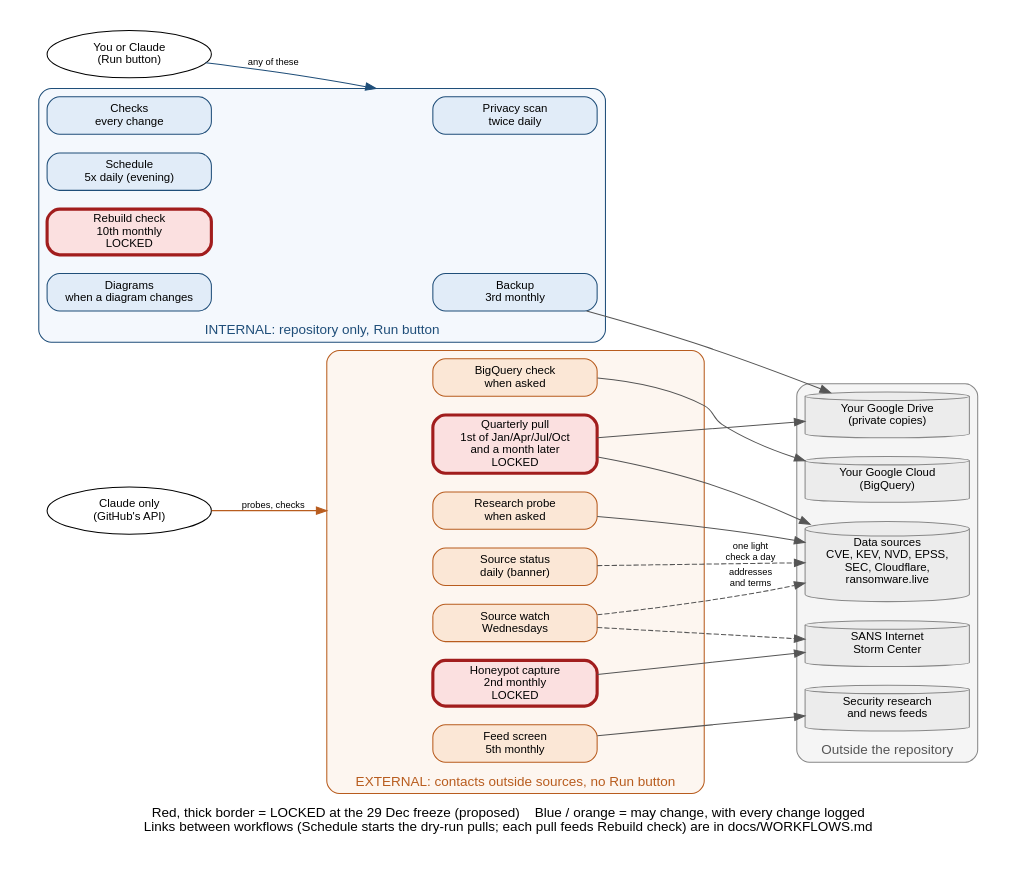
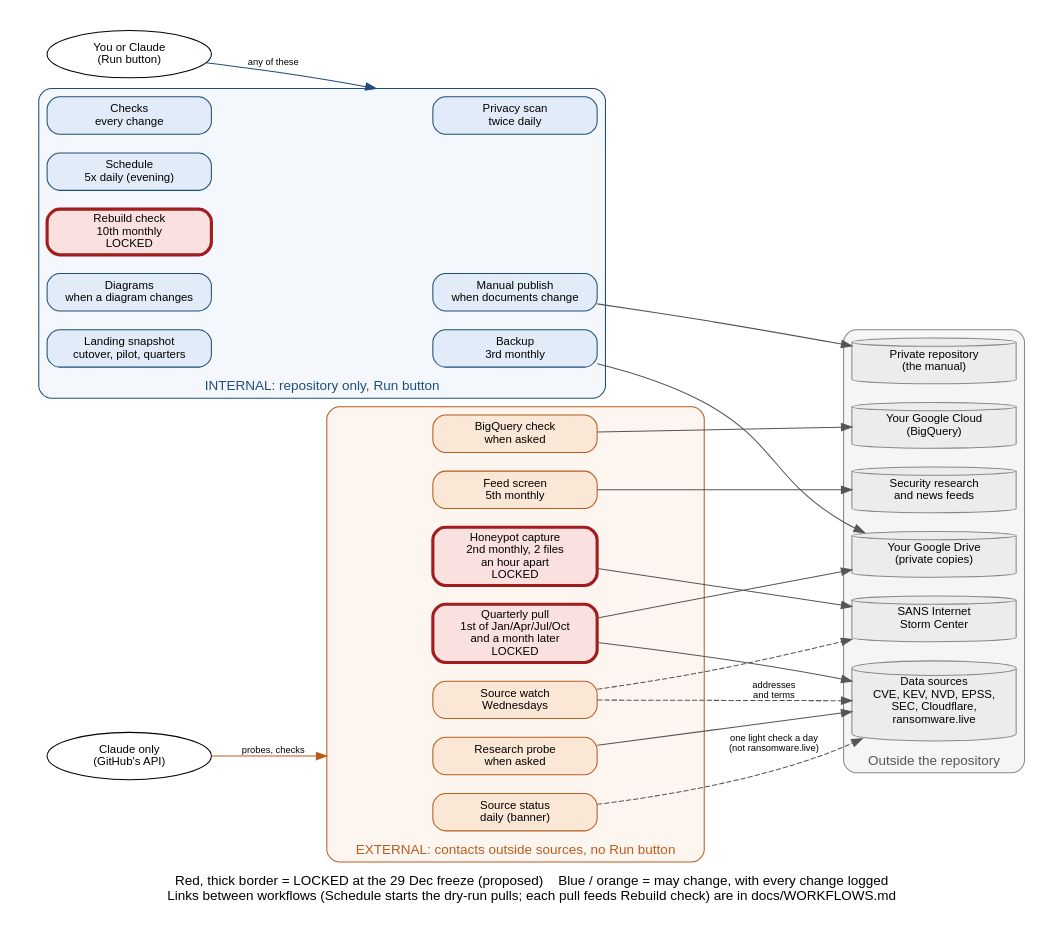
Before and after one commit to pagagne/internet-security-snapshot: the diagram in docs/diagrams/workflow_runs.dot, drawn with Graphviz. The commit also changed 37 other files, not shown here.

First line of the commit message:
Documents: numbered manual index with chapters, last-updated dates in titles, cross-reference check, workflow timers in the schedule (author, 11 Nov)

```diff
--- a/docs/diagrams/workflow_runs.dot
+++ b/docs/diagrams/workflow_runs.dot
@@ -1,54 +1,57 @@
 // Workflows: internal (Run button) vs external (API only, no button), and the proposed lock at
 // the 29 Dec 2026 freeze (decision item 22: draft lock list 14 Dec, author's review 18 Dec,
 // decided 21 Dec). Source of truth: docs/WORKFLOWS.md and docs/SOP_MANUAL_RUNS.md.
 // Render: dot -Tpng -Gdpi=150 docs/diagrams/workflow_runs.dot -o docs/diagrams/workflow_runs.png
 digraph workflows {
   graph [rankdir=LR, fontname="Helvetica", fontsize=13, nodesep=0.25, ranksep=0.7, newrank=true, compound=true, pad=0.3,
          label="Red, thick border = LOCKED at the 29 Dec freeze (proposed)    Blue / orange = may change, with every change logged\nLinks between workflows (Schedule starts the dry-run pulls; each pull feeds Rebuild check) are in docs/WORKFLOWS.md",
          labelloc=b];
   node  [fontname="Helvetica", fontsize=11, shape=box, style="rounded,filled", width=2.2];
   edge  [fontname="Helvetica", fontsize=9, color="#555555"];
 
   you    [label="You or Claude\n(Run button)", shape=oval, fillcolor="#ffffff"];
   claude [label="Claude only\n(GitHub's API)", shape=oval, fillcolor="#ffffff"];
 
   subgraph cluster_int {
     label="INTERNAL: repository only, Run button"; style="rounded,filled"; fillcolor="#f4f8fd"; color="#1f4e79"; fontcolor="#1f4e79";
     node [fillcolor="#e1ecf8", color="#1f4e79"];
     checks  [label="Checks\nevery change"];
     privacy [label="Privacy scan\ntwice daily"];
     sched   [label="Schedule\n5x daily (evening)"];
     rebuild [label="Rebuild check\n10th monthly\nLOCKED", fillcolor="#fbe0e0", color="#a11d1d", penwidth=3];
     diag    [label="Diagrams\nwhen a diagram changes"];
     backup  [label="Backup\n3rd monthly"];
+    manual  [label="Manual publish\nwhen documents change"];
+    landing [label="Landing snapshot\ncutover, pilot, quarters"];
   }
 
   subgraph cluster_ext {
     label="EXTERNAL: contacts outside sources, no Run button"; style="rounded,filled"; fillcolor="#fdf6f0"; color="#b85c1e"; fontcolor="#b85c1e";
     node [fillcolor="#fbe7d6", color="#b85c1e"];
     pull  [label="Quarterly pull\n1st of Jan/Apr/Jul/Oct\nand a month later\nLOCKED", fillcolor="#fbe0e0", color="#a11d1d", penwidth=3];
-    honey [label="Honeypot capture\n2nd monthly\nLOCKED", fillcolor="#fbe0e0", color="#a11d1d", penwidth=3];
+    honey [label="Honeypot capture\n2nd monthly, 2 files\nan hour apart\nLOCKED", fillcolor="#fbe0e0", color="#a11d1d", penwidth=3];
     probe [label="Research probe\nwhen asked"];
     bq    [label="BigQuery check\nwhen asked"];
     feeds [label="Feed screen\n5th monthly"];
     watch [label="Source watch\nWednesdays"];
     status [label="Source status\ndaily (banner)"];
   }
 
   subgraph cluster_out {
     label="Outside the repository"; style="rounded,filled"; fillcolor="#f5f5f5"; color="#888888"; fontcolor="#555555";
     node [shape=cylinder, fillcolor="#ececec", color="#888888", style=filled];
     sources [label="Data sources\nCVE, KEV, NVD, EPSS,\nSEC, Cloudflare,\nransomware.live"];
     sans    [label="SANS Internet\nStorm Center"];
     gcp     [label="Your Google Cloud\n(BigQuery)"];
     drive   [label="Your Google Drive\n(private copies)"];
     news    [label="Security research\nand news feeds"];
+    private [label="Private repository\n(the manual)"];
   }
 
   // one column each: who starts it | the workflows | what they reach
   { rank=same; you; claude; }
-    { rank=same; sources; sans; gcp; drive; news; }
+    { rank=same; sources; sans; gcp; drive; news; private; }
   you -> privacy [lhead=cluster_int, color="#1f4e79", label="any of these"];
   claude -> probe [lhead=cluster_ext, color="#b85c1e", label="probes, checks"];
-  pull -> sources; pull -> drive; probe -> sources; honey -> sans; bq -> gcp; backup -> drive; feeds -> news; watch -> sources [style=dashed, label="addresses\nand terms"]; watch -> sans [style=dashed]; status -> sources [style=dashed, label="one light\ncheck a day"];
+  pull -> sources; pull -> drive; probe -> sources; honey -> sans; bq -> gcp; backup -> drive; feeds -> news; watch -> sources [style=dashed, label="addresses\nand terms"]; watch -> sans [style=dashed]; status -> sources [style=dashed, label="one light check a day\n(not ransomware.live)"]; manual -> private;
 }
```
